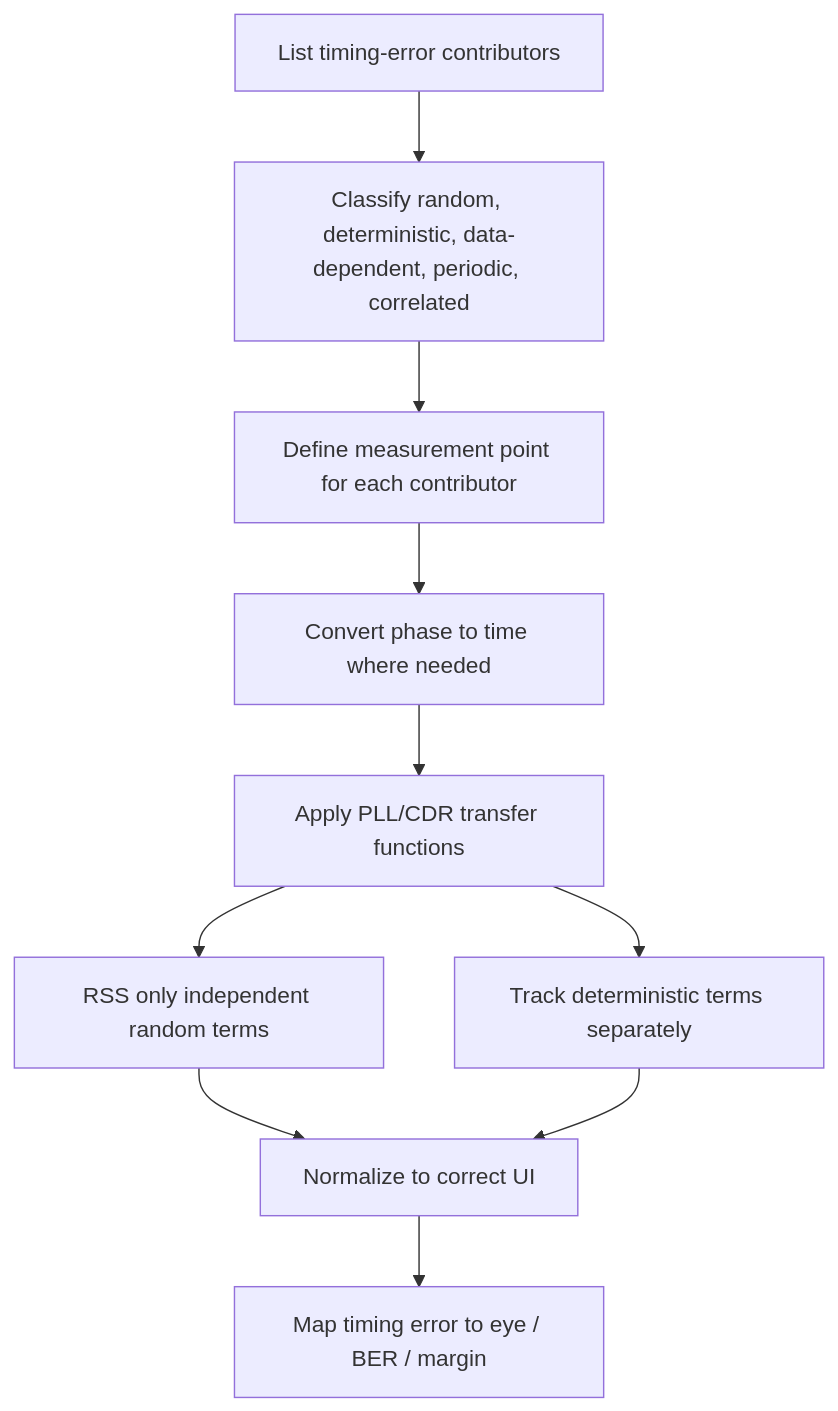
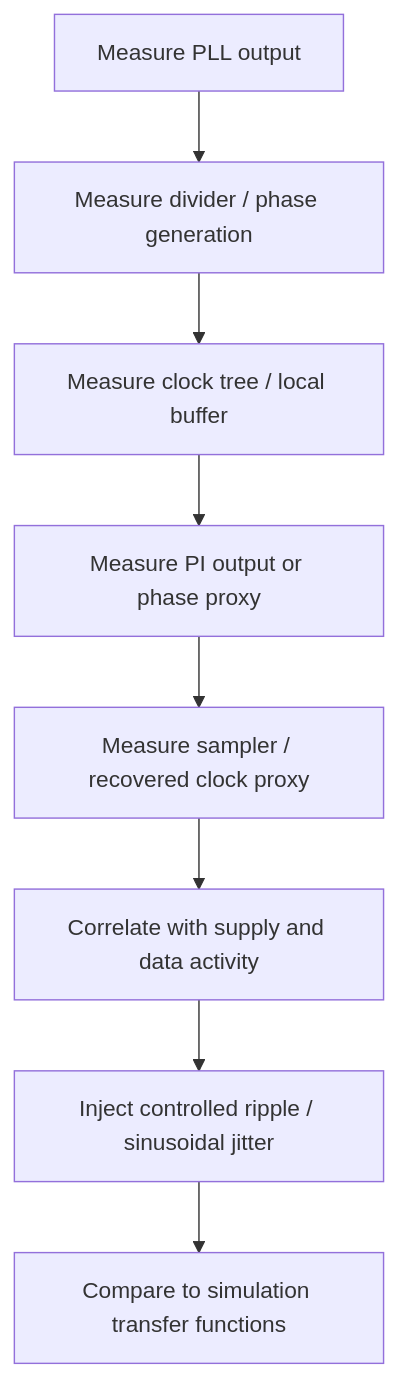
One commit to uopuwe/Second_Brain changed the eighth of 8 diagrams in 01_AnalogIC_SerDes/PLL_CDR_Clocking/pll_phase_noise_jitter.md. Above: the diagram before and after it, drawn with Mermaid. The commit also changed other lines of this file and 21 other files, not shown here.

Commit message:
combined phase_noise_jitter and pll_phase_noise_jitter

````diff
--- a/01_AnalogIC_SerDes/PLL_CDR_Clocking/pll_phase_noise_jitter.md
+++ b/01_AnalogIC_SerDes/PLL_CDR_Clocking/pll_phase_noise_jitter.md
@@ -937,12 +861,10 @@
 ```mermaid
 flowchart TD
-  A[List timing-error contributors] --> B[Classify random, deterministic, data-dependent, periodic, correlated]
-  B --> C[Define measurement point for each contributor]
-  C --> D[Convert phase to time where needed]
-  D --> E[Apply PLL/CDR transfer functions]
-  E --> F[RSS only independent random terms]
-  E --> G[Track deterministic terms separately]
-  F --> H[Normalize to correct UI]
-  G --> H
-  H --> I[Map timing error to eye / BER / margin]
+  A[Measure PLL output] --> B[Measure divider / phase generation]
+  B --> C[Measure clock tree / local buffer]
+  C --> D[Measure PI output or phase proxy]
+  D --> E[Measure sampler / recovered clock proxy]
+  E --> F[Correlate with supply and data activity]
+  F --> G[Inject controlled ripple / sinusoidal jitter]
+  G --> H[Compare to simulation transfer functions]
 ```
````
